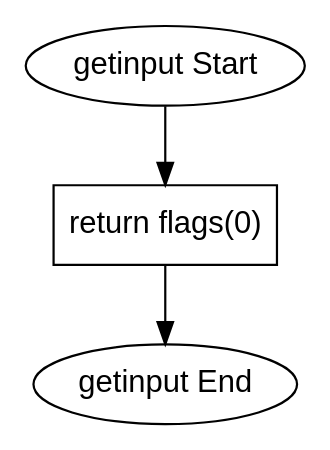
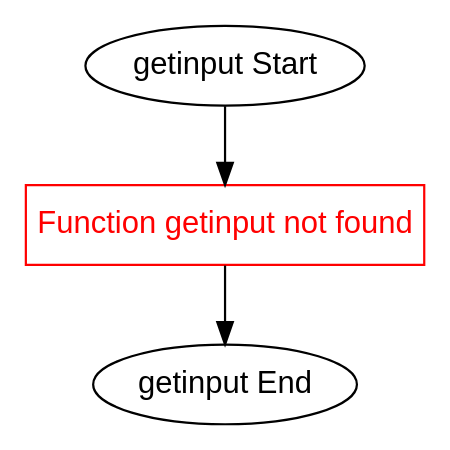
One commit to Lucas170620/prompts-infeasible-path-AI-detecting-repository changed the diagram in quinta/adpcm/getinput.dot. Above: the diagram before and after it, drawn with Graphviz. The commit also changed 136 other files, not shown here.

```diff
--- a/quinta/adpcm/getinput.dot
+++ b/quinta/adpcm/getinput.dot
@@ -1,12 +1,12 @@
 digraph getinput {
     rankdir=TB;
     node [shape=box, fontname=Arial];
     edge [fontname=Arial];
 
     start [label="getinput Start", shape=ellipse];
     end [label="getinput End", shape=ellipse];
+    error_node [label="Function getinput not found", color=red, fontcolor=red];
     
-    node1 [label="return flags(0)"];
-    start -> node1;
-    node1 -> end;
+    start -> error_node;
+    error_node -> end;
 }
```
